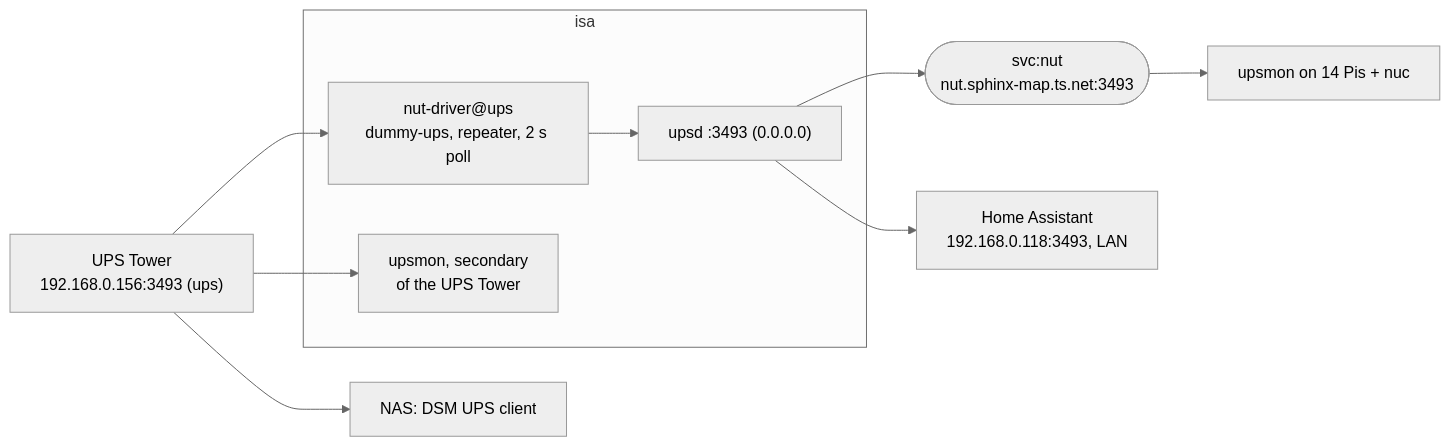
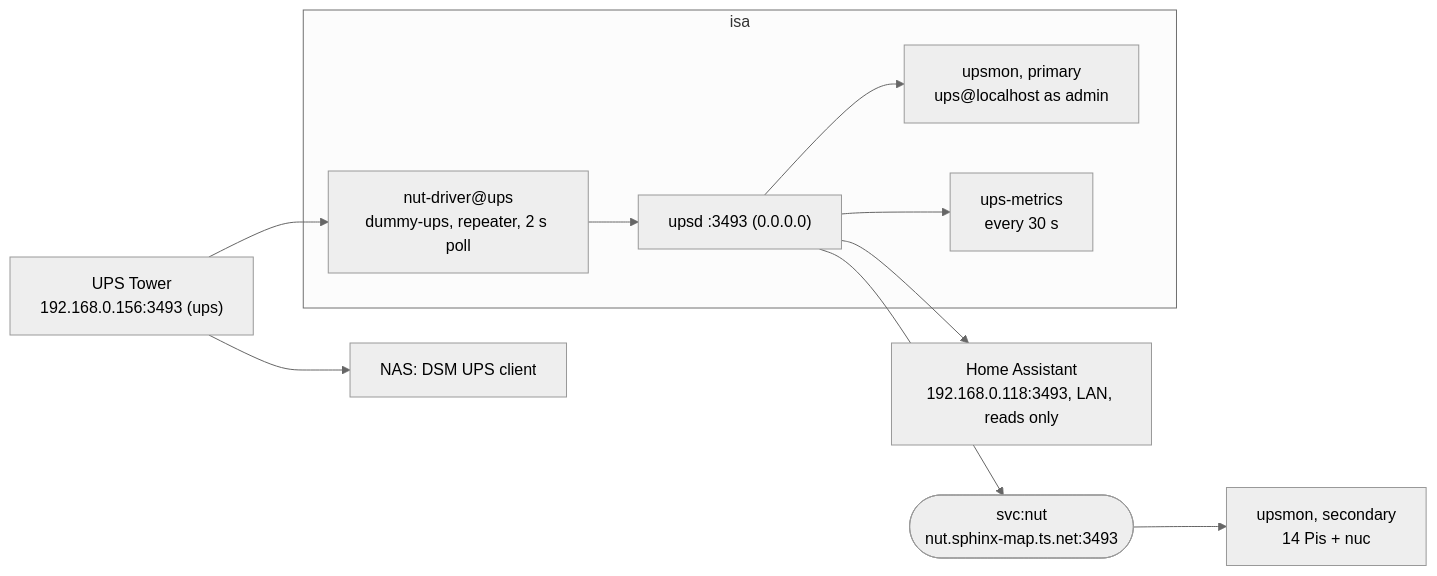
One commit to SpechtLabs/homelab changed the diagram in docs/elbschloss/docs/reference/ups-and-nut.md. Above: the diagram before and after it, drawn with Mermaid (neutral theme). The commit also changed other lines of this file and 109 other files, not shown here.

````diff
--- a/docs/elbschloss/docs/reference/ups-and-nut.md
+++ b/docs/elbschloss/docs/reference/ups-and-nut.md
@@ -21,17 +22,19 @@
 ```mermaid
 flowchart LR
   ups["UPS Tower<br/>192.168.0.156:3493 (ups)"]
   subgraph isa
     drv["nut-driver@ups<br/>dummy-ups, repeater, 2 s poll"]
     upsd["upsd :3493 (0.0.0.0)"]
-    mon["upsmon, secondary<br/>of the UPS Tower"]
+    mon["upsmon, primary<br/>ups@localhost as admin"]
+    met["ups-metrics<br/>every 30 s"]
   end
   svc(["svc:nut<br/>nut.sphinx-map.ts.net:3493"])
-  pis["upsmon on 14 Pis + nuc"]
-  hass["Home Assistant<br/>192.168.0.118:3493, LAN"]
+  pis["upsmon, secondary<br/>14 Pis + nuc"]
+  hass["Home Assistant<br/>192.168.0.118:3493, LAN, reads only"]
   nas["NAS: DSM UPS client"]
   ups --> drv --> upsd --> svc --> pis
+  upsd --> mon
+  upsd --> met
   upsd --> hass
-  ups --> mon
   ups --> nas
 ```
````
